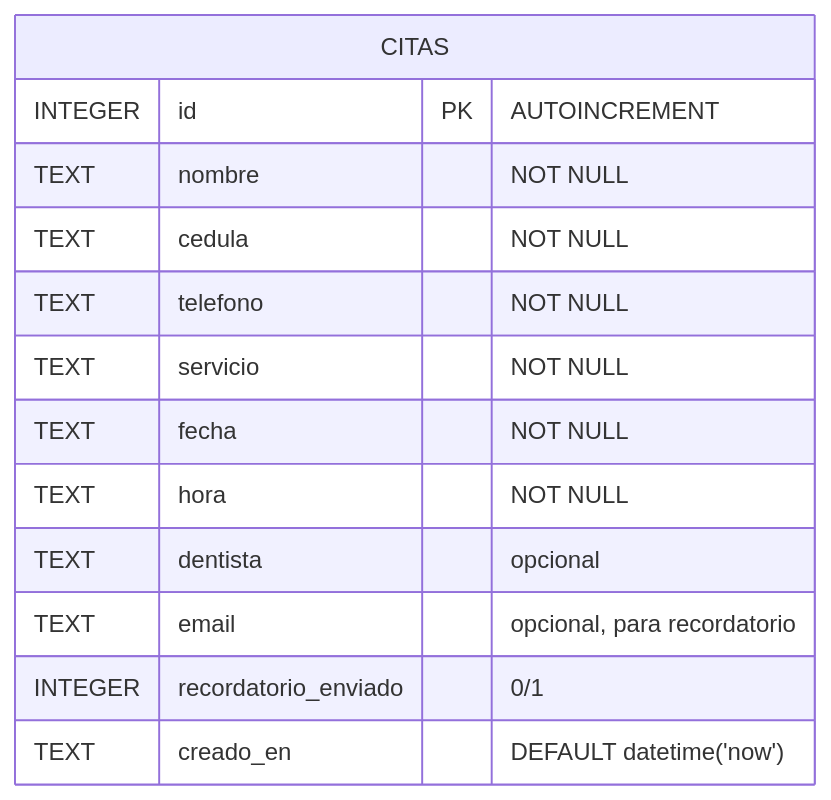
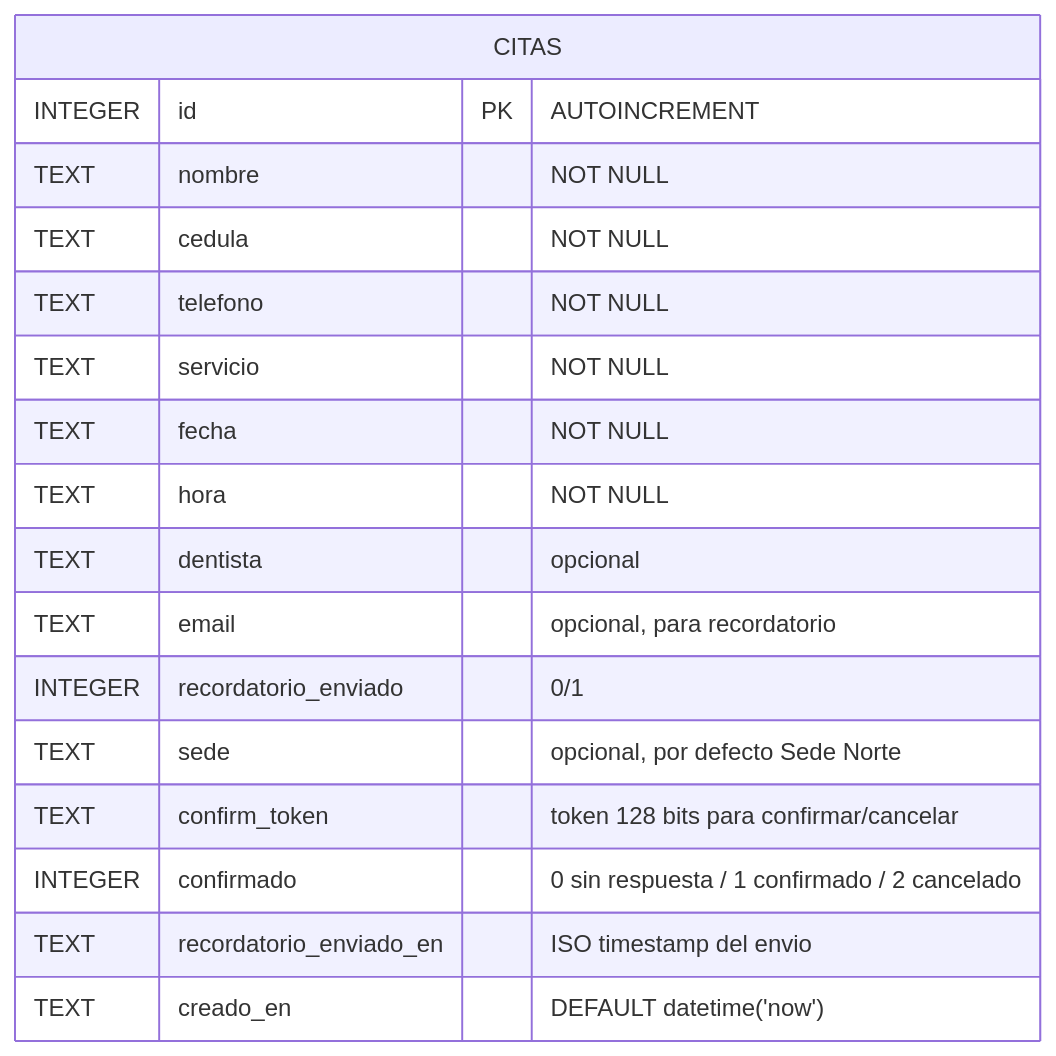
The third of 4 diagrams in README.md (Hisantirness/chatbot-clinica-dental), drawn with Mermaid before and after one commit. The commit also changed other lines of this file and 16 other files, not shown here.

````diff
--- a/README.md
+++ b/README.md
@@ -99,16 +104,20 @@
 ```mermaid
 erDiagram
     CITAS {
         INTEGER id PK "AUTOINCREMENT"
         TEXT nombre "NOT NULL"
         TEXT cedula "NOT NULL"
         TEXT telefono "NOT NULL"
         TEXT servicio "NOT NULL"
         TEXT fecha "NOT NULL"
         TEXT hora "NOT NULL"
         TEXT dentista "opcional"
         TEXT email "opcional, para recordatorio"
         INTEGER recordatorio_enviado "0/1"
+        TEXT sede "opcional, por defecto Sede Norte"
+        TEXT confirm_token "token 128 bits para confirmar/cancelar"
+        INTEGER confirmado "0 sin respuesta / 1 confirmado / 2 cancelado"
+        TEXT recordatorio_enviado_en "ISO timestamp del envio"
         TEXT creado_en "DEFAULT datetime('now')"
     }
 ```
````
